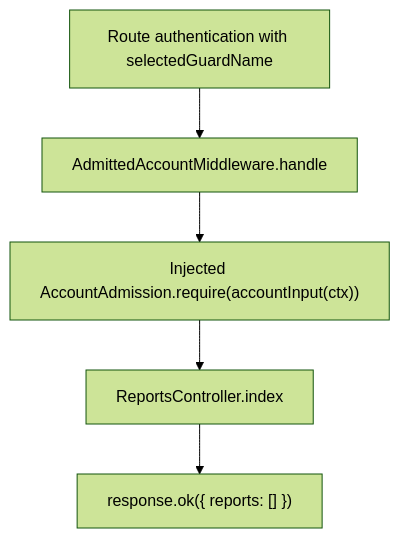
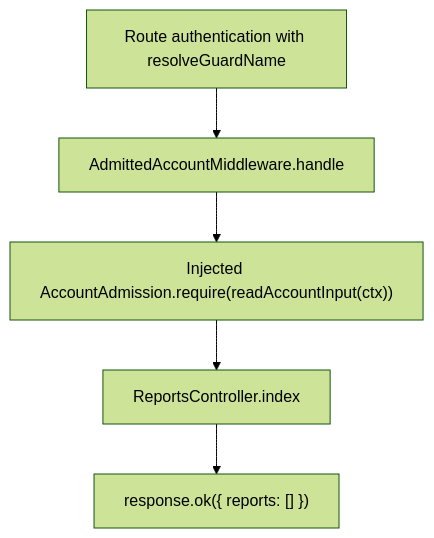
Before and after one commit to Kevinjohn/oss-adonisjs-starter-examples: the second of 2 diagrams in user-stories/api/us-api-20-read-protected-reports.md, drawn with Mermaid (forest theme). The commit also changed other lines of this file and 27 other files, not shown here.

````diff
--- a/user-stories/api/us-api-20-read-protected-reports.md
+++ b/user-stories/api/us-api-20-read-protected-reports.md
@@ -31,7 +31,7 @@
 ```mermaid
 flowchart TD
-    A["Route authentication with selectedGuardName"] --> B["AdmittedAccountMiddleware.handle"]
-    B --> C["Injected AccountAdmission.require(accountInput(ctx))"]
+    A["Route authentication with resolveGuardName"] --> B["AdmittedAccountMiddleware.handle"]
+    B --> C["Injected AccountAdmission.require(readAccountInput(ctx))"]
     C --> D["ReportsController.index"]
     D --> E["response.ok({ reports: [] })"]
 ```
````
